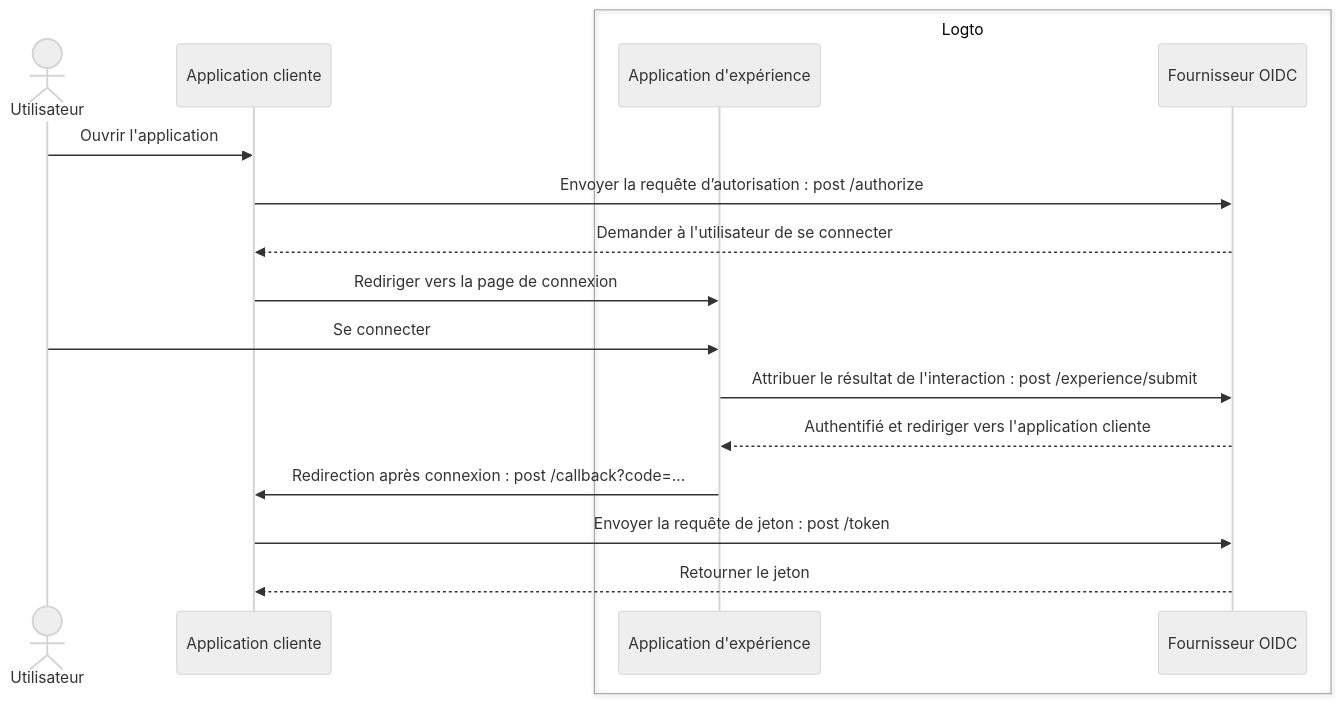
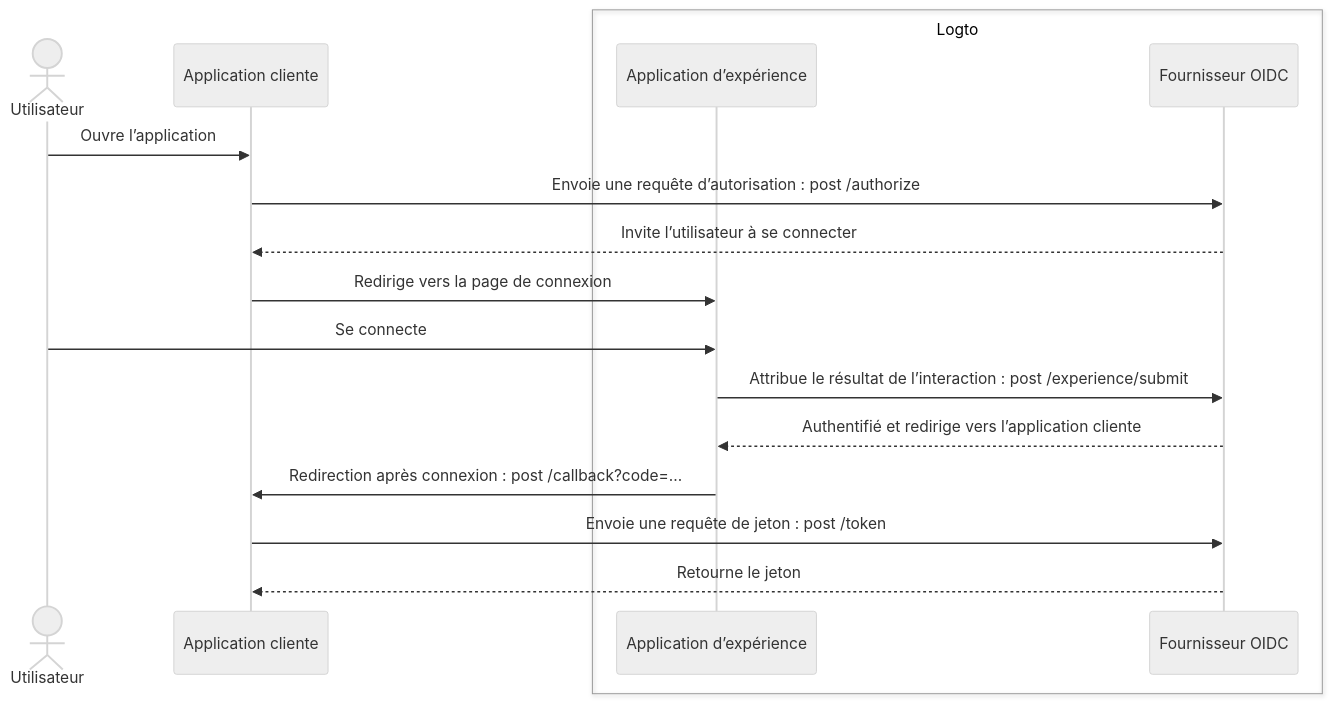
One commit to logto-io/docs changed the first of 2 diagrams in i18n/fr/docusaurus-plugin-content-docs/current/end-user-flows/sign-up-and-sign-in/README.mdx. Above: the diagram before and after it, drawn with Mermaid (neutral theme). The commit also changed other lines of this file and 53 other files, not shown here.

````diff
--- a/i18n/fr/docusaurus-plugin-content-docs/current/end-user-flows/sign-up-and-sign-in/README.mdx
+++ b/i18n/fr/docusaurus-plugin-content-docs/current/end-user-flows/sign-up-and-sign-in/README.mdx
@@ -15,21 +15,21 @@
 ```mermaid
 sequenceDiagram
   actor user as Utilisateur
   participant client as Application cliente
 
   box Logto
-    participant experience as Application d'expérience
+    participant experience as Application d’expérience
     participant oidc as Fournisseur OIDC
   end
 
-  user ->> client: Ouvrir l'application
-  client ->> oidc: Envoyer la requête d’autorisation : post /authorize
-  oidc -->> client: Demander à l'utilisateur de se connecter
-  client ->> experience: Rediriger vers la page de connexion
-  user ->> experience: Se connecter
-  experience ->> oidc: Attribuer le résultat de l'interaction : post /experience/submit
-  oidc -->> experience: Authentifié et rediriger vers l'application cliente
+  user ->> client: Ouvre l’application
+  client ->> oidc: Envoie une requête d’autorisation : post /authorize
+  oidc -->> client: Invite l’utilisateur à se connecter
+  client ->> experience: Redirige vers la page de connexion
+  user ->> experience: Se connecte
+  experience ->> oidc: Attribue le résultat de l’interaction : post /experience/submit
+  oidc -->> experience: Authentifié et redirige vers l’application cliente
   experience ->> client: Redirection après connexion : post /callback?code=...
-  client ->> oidc: Envoyer la requête de jeton : post /token
-  oidc -->> client: Retourner le jeton
+  client ->> oidc: Envoie une requête de jeton : post /token
+  oidc -->> client: Retourne le jeton
 ```
````
